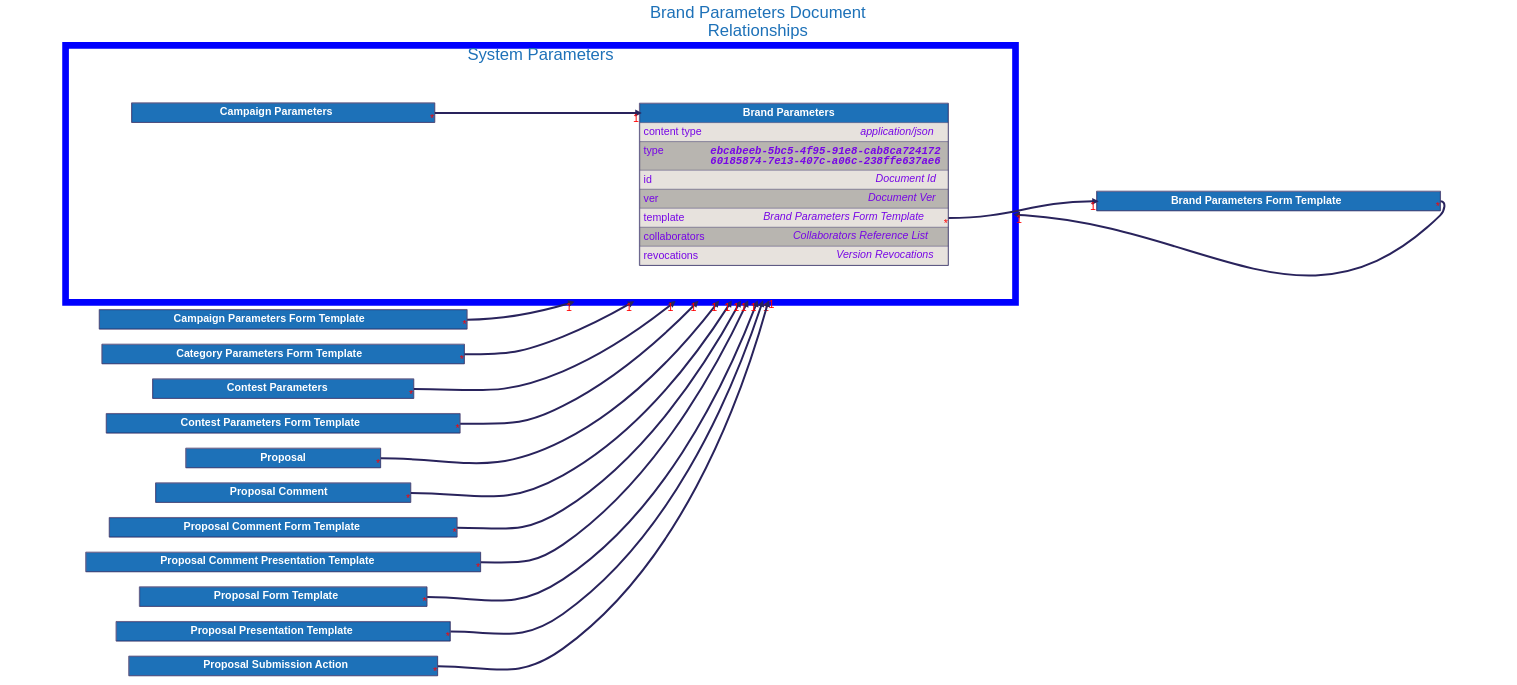
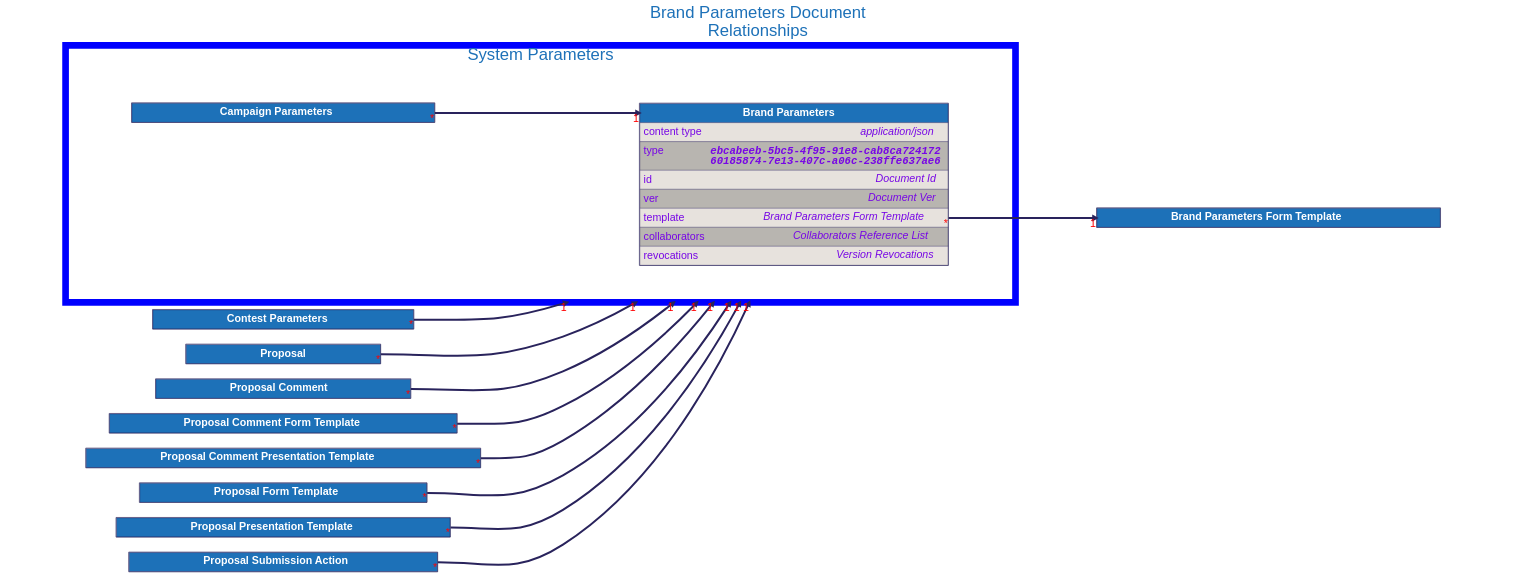
The diagram in docs/src/architecture/08_concepts/signed_doc/diagrams/brand_parameters.dot (input-output-hk/catalyst-libs), drawn with Graphviz before and after one commit. The commit also changed 15 other files, not shown here.

```diff
--- a/docs/src/architecture/08_concepts/signed_doc/diagrams/brand_parameters.dot
+++ b/docs/src/architecture/08_concepts/signed_doc/diagrams/brand_parameters.dot
@@ -28,36 +28,6 @@
     ];
 
 
-    "Campaign Parameters Form Template" [
-        id="Campaign Parameters Form Template";
-        label=<
-            <TABLE BORDER="2" COLOR="#29235c" CELLBORDER="1" CELLSPACING="0" CELLPADDING="10">
-            <TR>
-                <TD PORT="title" BGCOLOR="#1d71b8" HREF="../campaign_parameters_form_template/">
-                    <FONT COLOR="#ffffff"><B> Campaign Parameters Form Template </B></FONT>
-                </TD>
-            </TR>
-
-            </TABLE>
-        >
-    ];
-
-
-    "Category Parameters Form Template" [
-        id="Category Parameters Form Template";
-        label=<
-            <TABLE BORDER="2" COLOR="#29235c" CELLBORDER="1" CELLSPACING="0" CELLPADDING="10">
-            <TR>
-                <TD PORT="title" BGCOLOR="#1d71b8" HREF="../category_parameters_form_template/">
-                    <FONT COLOR="#ffffff"><B> Category Parameters Form Template </B></FONT>
-                </TD>
-            </TR>
-
-            </TABLE>
-        >
-    ];
-
-
     "Contest Parameters" [
         id="Contest Parameters";
         label=<
@@ -65,21 +35,6 @@
             <TR>
                 <TD PORT="title" BGCOLOR="#1d71b8" HREF="../contest_parameters/">
                     <FONT COLOR="#ffffff"><B> Contest Parameters </B></FONT>
-                </TD>
-            </TR>
-
-            </TABLE>
-        >
-    ];
-
-
-    "Contest Parameters Form Template" [
-        id="Contest Parameters Form Template";
-        label=<
-            <TABLE BORDER="2" COLOR="#29235c" CELLBORDER="1" CELLSPACING="0" CELLPADDING="10">
-            <TR>
-                <TD PORT="title" BGCOLOR="#1d71b8" HREF="../contest_parameters_form_template/">
-                    <FONT COLOR="#ffffff"><B> Contest Parameters Form Template </B></FONT>
                 </TD>
             </TR>
 
@@ -300,12 +255,8 @@
     }
 
     "Brand Parameters":"template":e -> "Brand Parameters Form Template":"title":w [dir=forward, penwidth=6, color="#29235c", headlabel="1", taillabel="*"]
-    "Brand Parameters Form Template":"title":e -> "Brand Parameters" [dir=forward, penwidth=6, color="#29235c", headlabel="1", taillabel="*", lhead="cluster_system_parameters"]
     "Campaign Parameters":"title":e -> "Brand Parameters":"title":w [dir=forward, penwidth=6, color="#29235c", headlabel="1", taillabel="*"]
-    "Campaign Parameters Form Template":"title":e -> "Brand Parameters" [dir=forward, penwidth=6, color="#29235c", headlabel="1", taillabel="*", lhead="cluster_system_parameters"]
-    "Category Parameters Form Template":"title":e -> "Brand Parameters" [dir=forward, penwidth=6, color="#29235c", headlabel="1", taillabel="*", lhead="cluster_system_parameters"]
     "Contest Parameters":"title":e -> "Brand Parameters" [dir=forward, penwidth=6, color="#29235c", headlabel="1", taillabel="*", lhead="cluster_system_parameters"]
-    "Contest Parameters Form Template":"title":e -> "Brand Parameters" [dir=forward, penwidth=6, color="#29235c", headlabel="1", taillabel="*", lhead="cluster_system_parameters"]
     "Proposal":"title":e -> "Brand Parameters" [dir=forward, penwidth=6, color="#29235c", headlabel="1", taillabel="*", lhead="cluster_system_parameters"]
     "Proposal Comment":"title":e -> "Brand Parameters" [dir=forward, penwidth=6, color="#29235c", headlabel="1", taillabel="*", lhead="cluster_system_parameters"]
     "Proposal Comment Form Template":"title":e -> "Brand Parameters" [dir=forward, penwidth=6, color="#29235c", headlabel="1", taillabel="*", lhead="cluster_system_parameters"]
```
